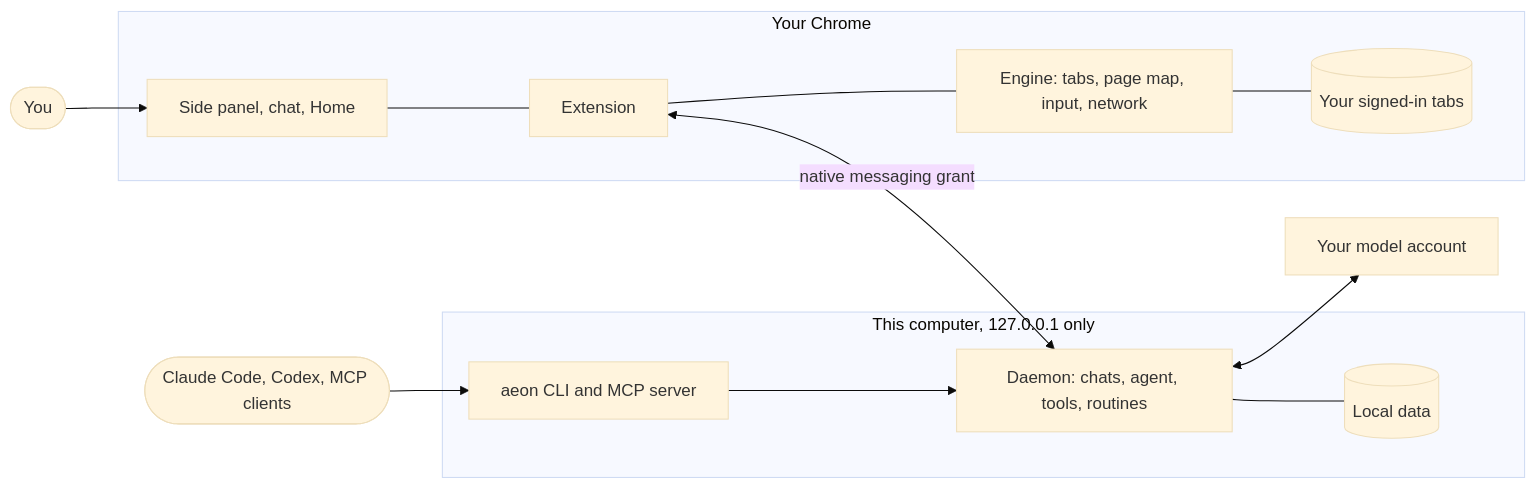
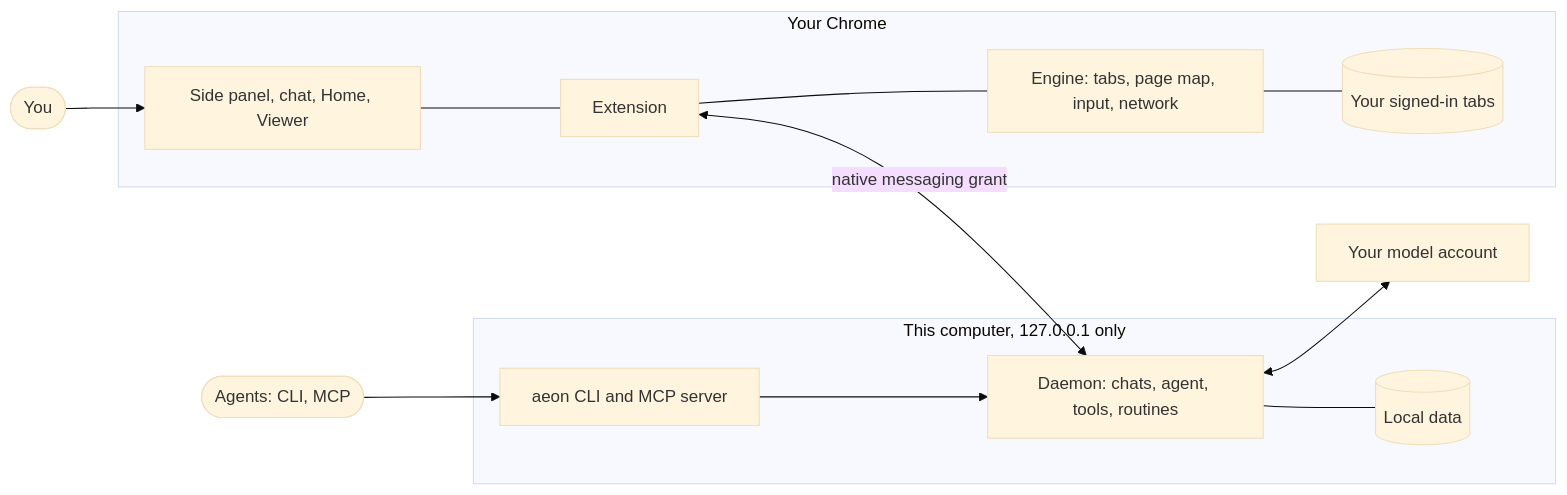
Before and after one commit to gillasg/aeon-browser: the diagram in README.md, drawn with Mermaid (base theme). The commit also changed other lines of this file and 18 other files, not shown here.

````diff
--- a/README.md
+++ b/README.md
@@ -33,17 +75,17 @@
 ```mermaid
 flowchart LR
   you([You]) --> panel
-  agents([Claude Code, Codex, MCP clients]) --> cli
+  agents([Agents: CLI, MCP]) --> cli
   subgraph chrome [Your Chrome]
-    panel[Side panel, chat, Home] --- ext[Extension]
+    panel[Side panel, chat, Home, Viewer] --- ext[Extension]
     ext --- engine[Engine: tabs, page map, input, network]
     engine --- tabs[(Your signed-in tabs)]
   end
   subgraph local [This computer, 127.0.0.1 only]
     daemon[Daemon: chats, agent, tools, routines] --- store[(Local data)]
     cli[aeon CLI and MCP server]
   end
   ext <-- native messaging grant --> daemon
   cli --> daemon
   daemon <--> model[Your model account]
 ```
````
